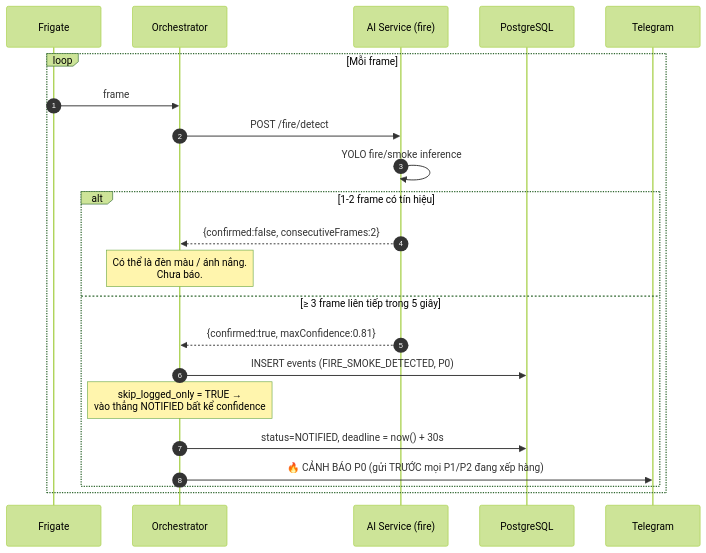
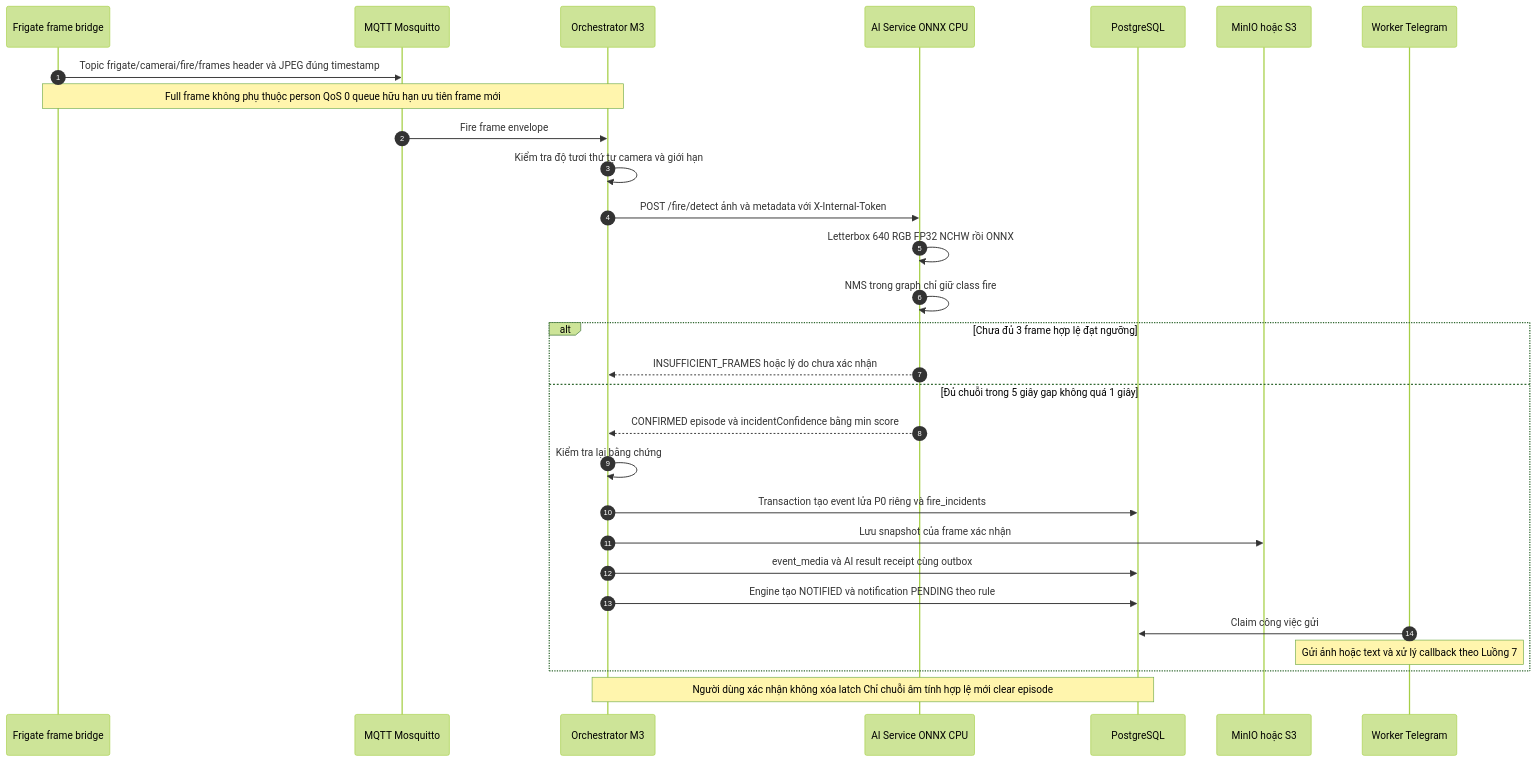
Before and after one commit to DuongDaiPhat/aws-camera-ai: the fourth of 8 diagrams in docs/architecture/DATA_FLOW.md, drawn with Mermaid (forest theme). The commit also changed other lines of this file and 137 other files, not shown here.

````diff
--- a/docs/architecture/DATA_FLOW.md
+++ b/docs/architecture/DATA_FLOW.md
@@ -266,26 +273,31 @@
 ```mermaid
 sequenceDiagram
     autonumber
-    participant FRG as Frigate
-    participant ORC as Orchestrator
-    participant AI as AI Service (fire)
-    participant PG as PostgreSQL
-    participant TG as Telegram
-
-    loop Mỗi frame
-        FRG->>ORC: frame
-        ORC->>AI: POST /fire/detect
-        AI->>AI: YOLO fire/smoke inference
-
-        alt 1-2 frame có tín hiệu
-            AI-->>ORC: {confirmed:false, consecutiveFrames:2}
-            Note over ORC: Có thể là đèn màu / ánh nắng.<br/>Chưa báo.
-        else ≥ 3 frame liên tiếp trong 5 giây
-            AI-->>ORC: {confirmed:true, maxConfidence:0.81}
-            ORC->>PG: INSERT events (FIRE_SMOKE_DETECTED, P0)
-            Note over ORC: skip_logged_only = TRUE →<br/>vào thẳng NOTIFIED bất kể confidence
-            ORC->>PG: status=NOTIFIED, deadline = now() + 30s
-            ORC->>TG: 🔥 CẢNH BÁO P0 (gửi TRƯỚC mọi P1/P2 đang xếp hàng)
-        end
+    participant F as Frigate frame bridge
+    participant M as MQTT Mosquitto
+    participant O as Orchestrator M3
+    participant A as AI Service ONNX CPU
+    participant DB as PostgreSQL
+    participant S as MinIO hoặc S3
+    participant T as Worker Telegram
+    F->>M: Topic frigate/camerai/fire/frames header và JPEG đúng timestamp
+    Note over F,O: Full frame không phụ thuộc person QoS 0 queue hữu hạn ưu tiên frame mới
+    M->>O: Fire frame envelope
+    O->>O: Kiểm tra độ tươi thứ tự camera và giới hạn
+    O->>A: POST /fire/detect ảnh và metadata với X-Internal-Token
+    A->>A: Letterbox 640 RGB FP32 NCHW rồi ONNX
+    A->>A: NMS trong graph chỉ giữ class fire
+    alt Chưa đủ 3 frame hợp lệ đạt ngưỡng
+        A-->>O: INSUFFICIENT_FRAMES hoặc lý do chưa xác nhận
+    else Đủ chuỗi trong 5 giây gap không quá 1 giây
+        A-->>O: CONFIRMED episode và incidentConfidence bằng min score
+        O->>O: Kiểm tra lại bằng chứng
+        O->>DB: Transaction tạo event lửa P0 riêng và fire_incidents
+        O->>S: Lưu snapshot của frame xác nhận
+        O->>DB: event_media và AI result receipt cùng outbox
+        O->>DB: Engine tạo NOTIFIED và notification PENDING theo rule
+        T->>DB: Claim công việc gửi
+        Note over T: Gửi ảnh hoặc text và xử lý callback theo Luồng 7
     end
+    Note over O,DB: Người dùng xác nhận không xóa latch Chỉ chuỗi âm tính hợp lệ mới clear episode
 ```
````
